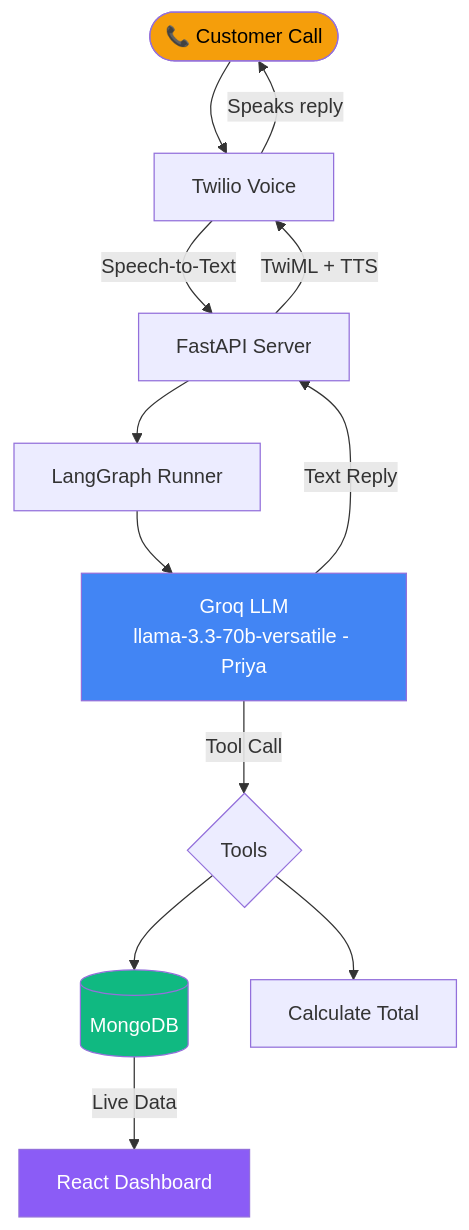
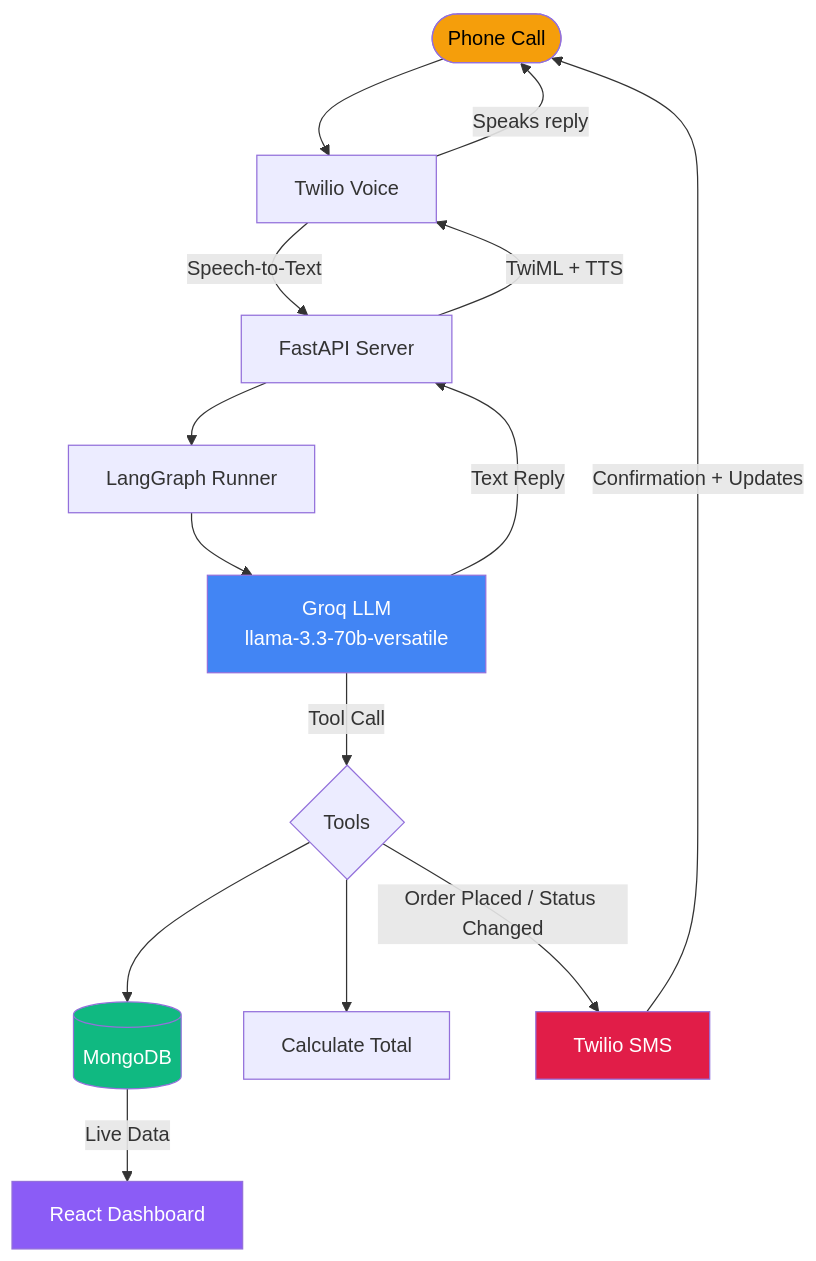
One commit to Krishna-Rao-dev/Google_APL changed the first of 5 diagrams in README.md. Above: the diagram before and after it, drawn with Mermaid. The commit also changed other lines of this file, not shown here.

````diff
--- a/README.md
+++ b/README.md
@@ -60,19 +56,22 @@
 ```mermaid
 flowchart TD
-    A([📞 Customer Call]) --> B[Twilio Voice]
+    A([Phone Call]) --> B[Twilio Voice]
     B -->|Speech-to-Text| C[FastAPI Server]
     C --> D[LangGraph Runner]
-    D --> E[Groq LLM\nllama-3.3-70b-versatile - Priya]
+    D --> E[Groq LLM\nllama-3.3-70b-versatile]
     E -->|Tool Call| F{Tools}
     F --> G[(MongoDB)]
     F --> H[Calculate Total]
     E -->|Text Reply| C
     C -->|TwiML + TTS| B
     B -->|Speaks reply| A
     G -->|Live Data| I[React Dashboard]
+    F -->|Order Placed / Status Changed| J[Twilio SMS]
+    J -->|Confirmation + Updates| A
 
     style A fill:#f59e0b,color:#000
     style E fill:#4285f4,color:#fff
     style G fill:#10b981,color:#fff
     style I fill:#8b5cf6,color:#fff
+    style J fill:#e11d48,color:#fff
 ```
````
